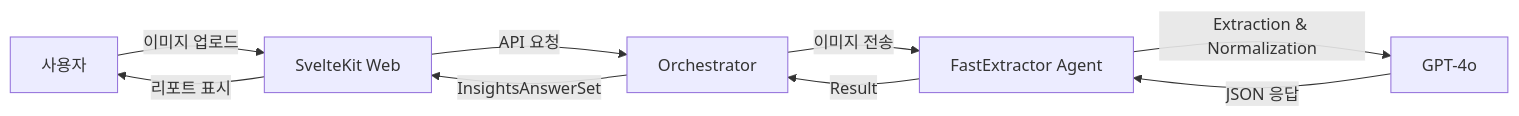
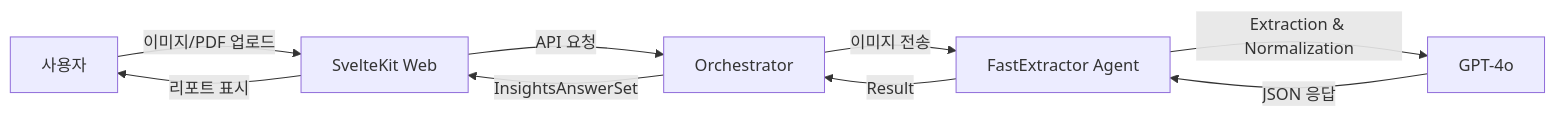
One commit to kaura24/juju changed the first of 2 diagrams in RUNBOOK.md. Above: the diagram before and after it, drawn with Mermaid. The commit also changed other lines of this file and 178 other files, not shown here.

````diff
--- a/RUNBOOK.md
+++ b/RUNBOOK.md
@@ -105,11 +128,11 @@
 ```mermaid
 graph LR
-    User[사용자] -->|이미지 업로드| Web[SvelteKit Web]
+    User[사용자] -->|이미지/PDF 업로드| Web[SvelteKit Web]
     Web -->|API 요청| Orch[Orchestrator]
     Orch -->|이미지 전송| FE[FastExtractor Agent]
     FE -->|Extraction & Normalization| LLM[GPT-4o]
     LLM -->|JSON 응답| FE
     FE -->|Result| Orch
     Orch -->|InsightsAnswerSet| Web
     Web -->|리포트 표시| User
 ```
````
